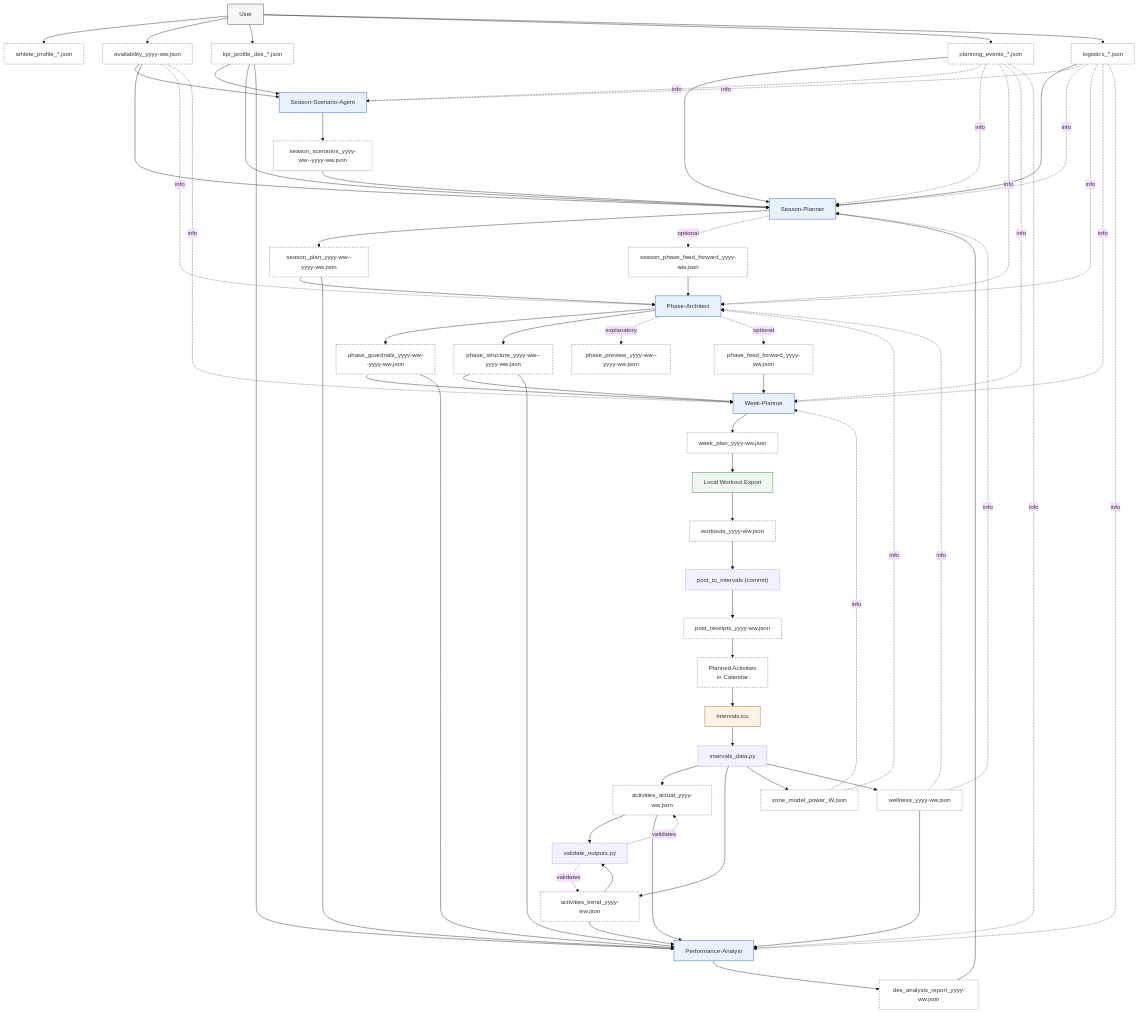
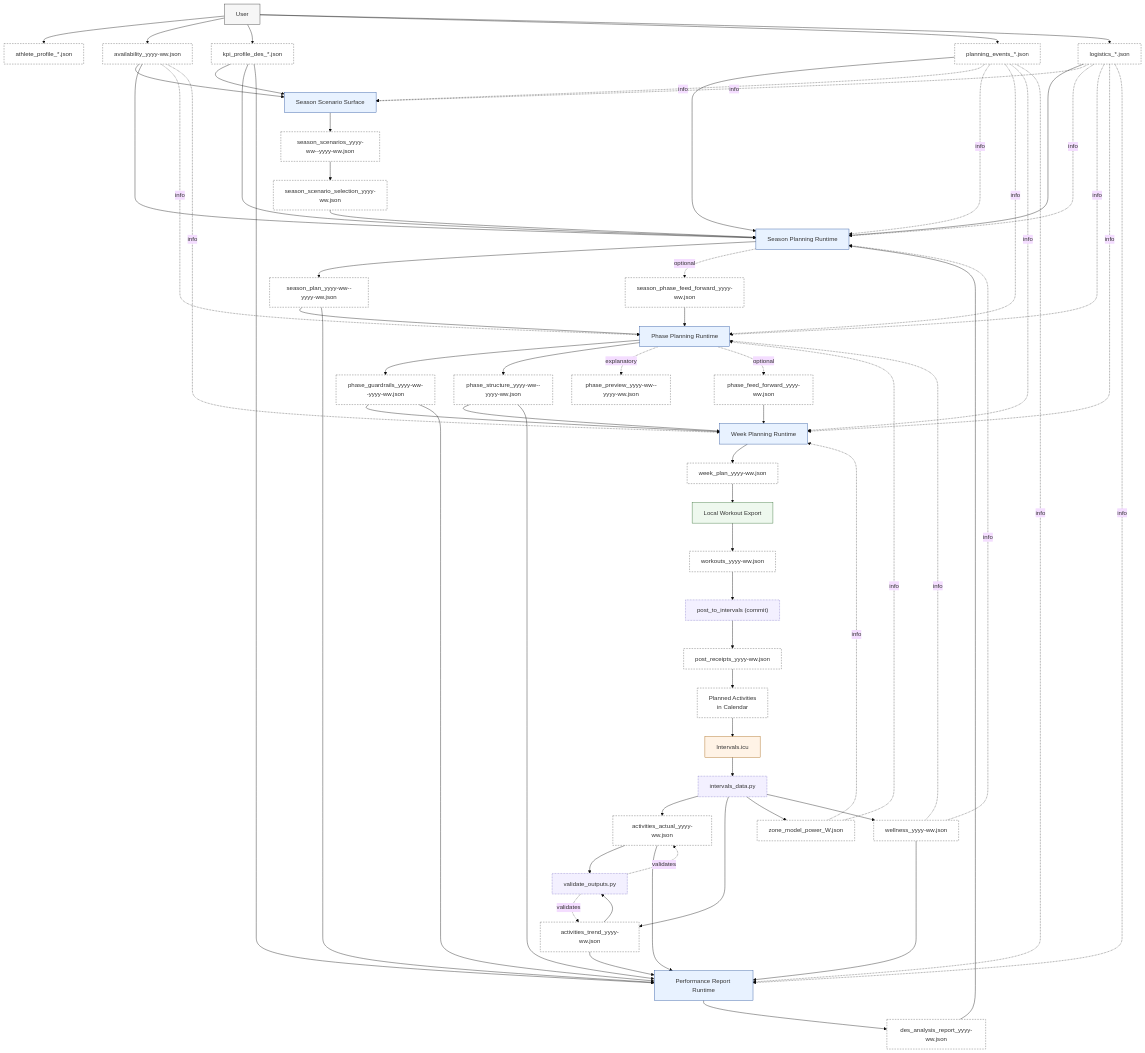
Before and after one commit to albauer-priv/RPS: the first of 10 diagrams in doc/overview/artefact_flow.md, drawn with Mermaid (base theme). The commit also changed other lines of this file and 5 other files, not shown here.

Commit message:
docs: update crewai skills and planning architecture

```diff
--- a/doc/overview/artefact_flow.md
+++ b/doc/overview/artefact_flow.md
@@ -19,12 +12,12 @@
 flowchart TD
   %% Actors / Components
   U[User]:::actor
-  SS["Season-Scenario-Agent"]:::agent
-  MA["Season-Planner"]:::agent
-  ME["Phase-Architect"]:::agent
-  MI["Week-Planner"]:::agent
+  SS["Season Scenario Surface"]:::agent
+  MA["Season Planning Runtime"]:::agent
+  ME["Phase Planning Runtime"]:::agent
+  MI["Week Planning Runtime"]:::agent
   WB["Local Workout Export"]:::component
-  PA["Performance-Analyst"]:::agent
+  PA["Performance Report Runtime"]:::agent
   I["Intervals.icu"]:::external
   EXP["intervals_data.py"]:::script
   VAL["validate_outputs.py"]:::script
@@ -38,6 +31,7 @@
   LG["logistics_*.json"]:::artefact
   AV["availability_yyyy-ww.json"]:::artefact
   SC["season_scenarios_yyyy-ww--yyyy-ww.json"]:::artefact
+  SEL["season_scenario_selection_yyyy-ww.json"]:::artefact
   MO["season_plan_yyyy-ww--yyyy-ww.json"]:::artefact
   SPFF["season_phase_feed_forward_yyyy-ww.json"]:::artefact
   BG["phase_guardrails_yyyy-ww--yyyy-ww.json"]:::artefact
@@ -58,7 +52,7 @@
   U --> AV
   AV --> SS
   U --> KP --> SS
-  SS --> SC --> MA
+  SS --> SC --> SEL --> MA
   KP --> MA
   KP --> PA
   U --> PE --> MA
```
